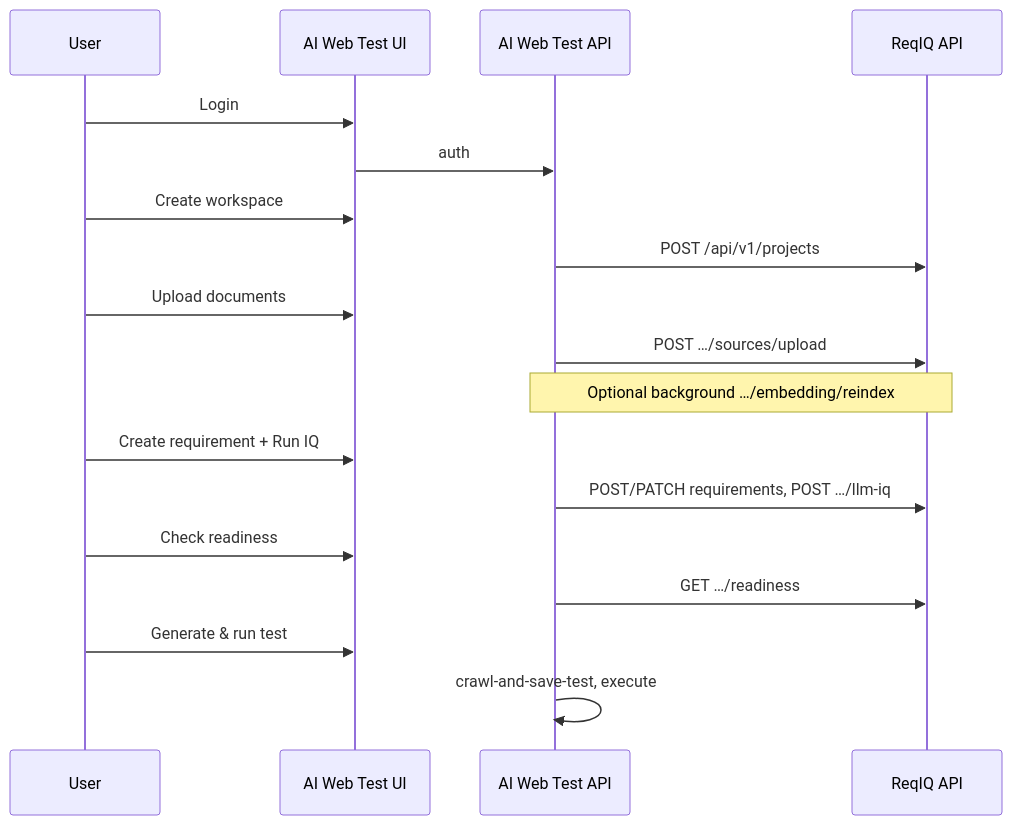
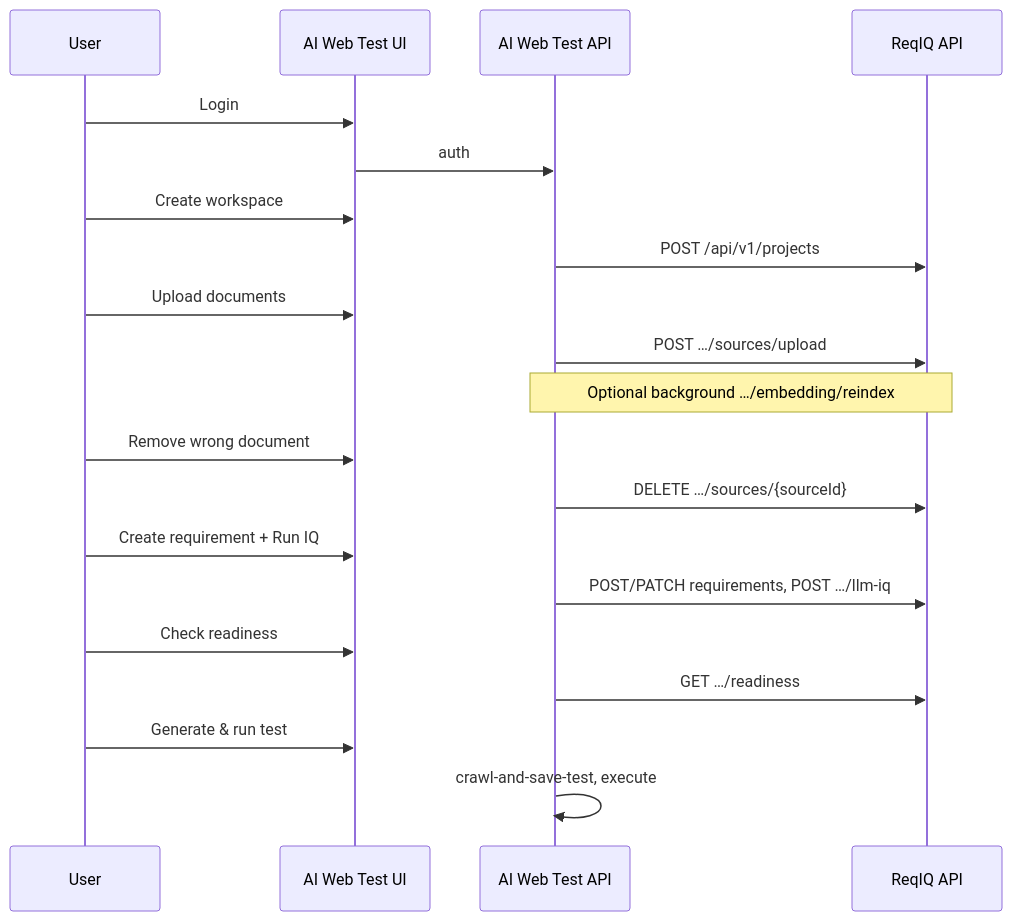
The diagram in docs/AI-Web-Test-Developer-Handoff.md (deencat/AI-Web-Test-v1), drawn with Mermaid before and after one commit. The commit also changed other lines of this file, not shown here.

````diff
--- a/docs/AI-Web-Test-Developer-Handoff.md
+++ b/docs/AI-Web-Test-Developer-Handoff.md
@@ -163,21 +238,23 @@
 ```mermaid
 sequenceDiagram
   participant U as User
   participant UI as AI Web Test UI
   participant A as AI Web Test API
   participant R as ReqIQ API
 
   U->>UI: Login
   UI->>A: auth
   U->>UI: Create workspace
   A->>R: POST /api/v1/projects
   U->>UI: Upload documents
   A->>R: POST …/sources/upload
   Note over A,R: Optional background …/embedding/reindex
+  U->>UI: Remove wrong document
+  A->>R: DELETE …/sources/{sourceId}
   U->>UI: Create requirement + Run IQ
   A->>R: POST/PATCH requirements, POST …/llm-iq
   U->>UI: Check readiness
   A->>R: GET …/readiness
   U->>UI: Generate & run test
   A->>A: crawl-and-save-test, execute
 ```
````
